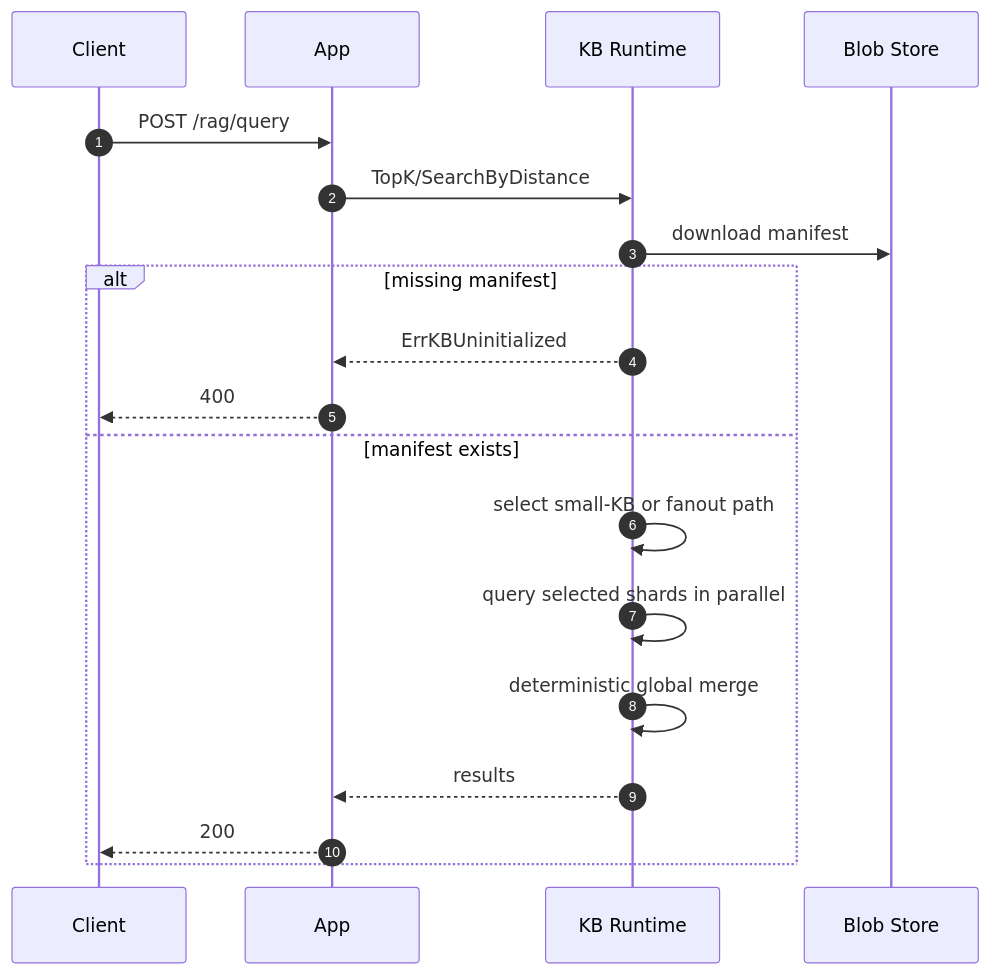
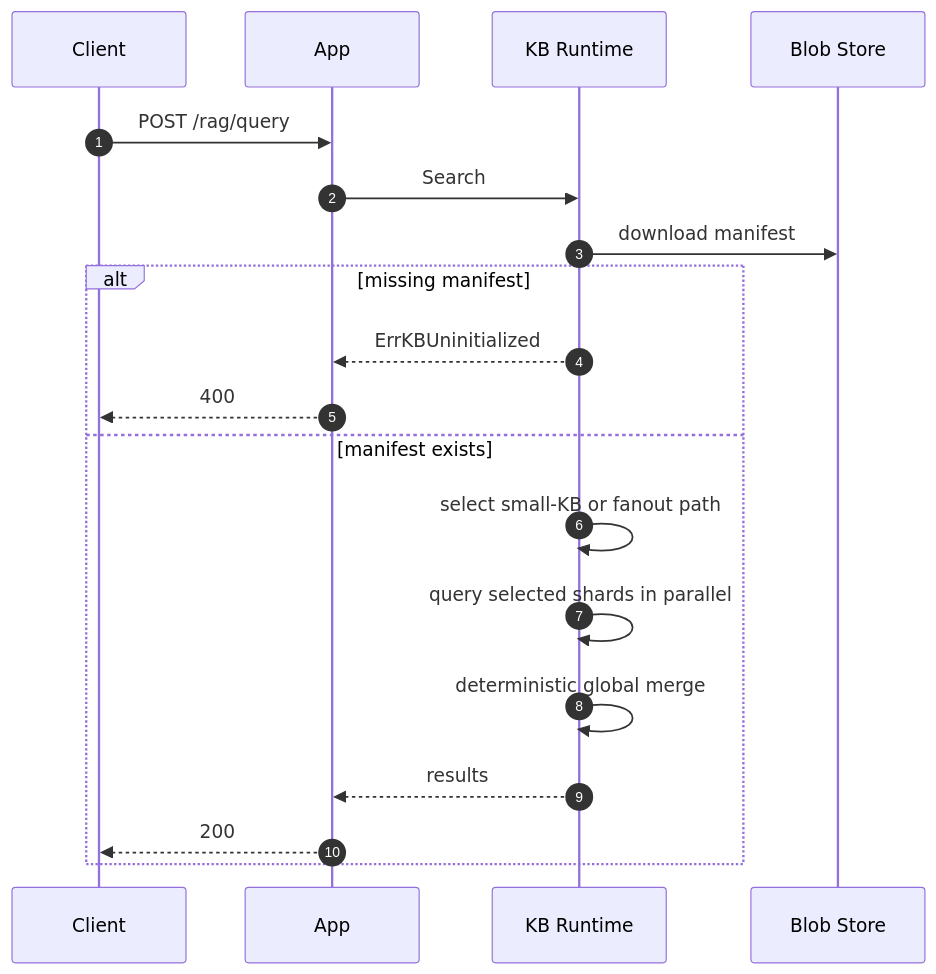
Before and after one commit to mikills/kbcore: the third of 3 diagrams in README.md, drawn with Mermaid. The commit also changed 24 other files, not shown here.

````diff
--- a/README.md
+++ b/README.md
@@ -63,22 +63,22 @@
 ```mermaid
 sequenceDiagram
     autonumber
     participant C as Client
     participant A as App
     participant K as KB Runtime
     participant B as Blob Store
 
     C->>A: POST /rag/query
-    A->>K: TopK/SearchByDistance
+    A->>K: Search
     K->>B: download manifest
     alt missing manifest
         K-->>A: ErrKBUninitialized
         A-->>C: 400
     else manifest exists
         K->>K: select small-KB or fanout path
         K->>K: query selected shards in parallel
         K->>K: deterministic global merge
         K-->>A: results
         A-->>C: 200
     end
 ```
````
